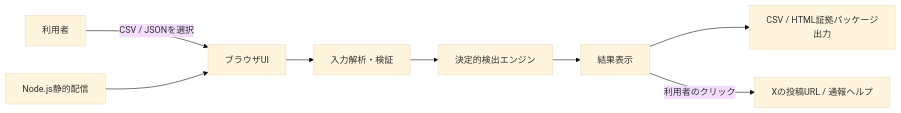
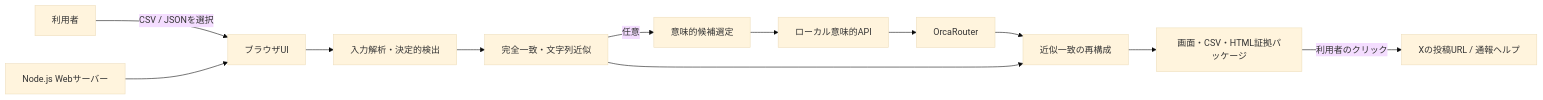
The diagram in doc/specs/overview_design/local_web_mvp.md (tmyymmt/pakulist), drawn with Mermaid (base theme) before and after one commit. The commit also changed other lines of this file and 12 other files, not shown here.

````diff
--- a/doc/specs/overview_design/local_web_mvp.md
+++ b/doc/specs/overview_design/local_web_mvp.md
@@ -9,10 +11,14 @@
 ```mermaid
 flowchart LR
     U[利用者] -->|CSV / JSONを選択| B[ブラウザUI]
-    B --> P[入力解析・検証]
-    P --> D[決定的検出エンジン]
-    D --> R[結果表示]
-    R --> E[CSV / HTML証拠パッケージ出力]
-    R -->|利用者のクリック| X[Xの投稿URL / 通報ヘルプ]
-    S[Node.js静的配信] --> B
+    B --> P[入力解析・決定的検出]
+    P --> C[完全一致・文字列近似]
+    C -->|任意| S[意味的候補選定]
+    S --> L[ローカル意味的API]
+    L --> O[OrcaRouter]
+    O --> R[近似一致の再構成]
+    C --> R
+    R --> E[画面・CSV・HTML証拠パッケージ]
+    E -->|利用者のクリック| X[Xの投稿URL / 通報ヘルプ]
+    N[Node.js Webサーバー] --> B
 ```
````
